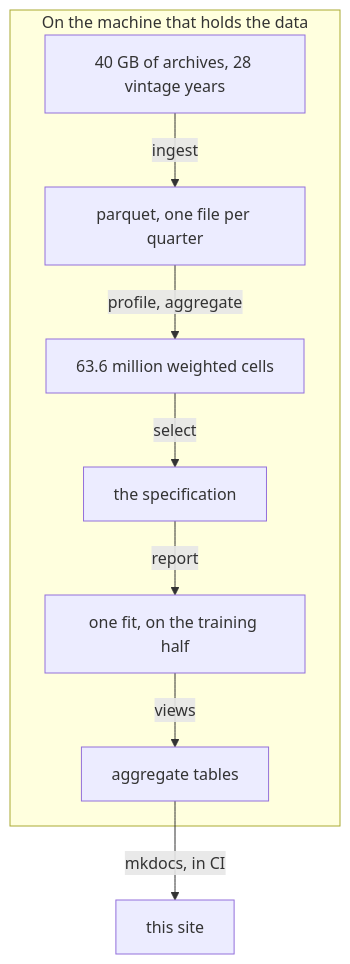
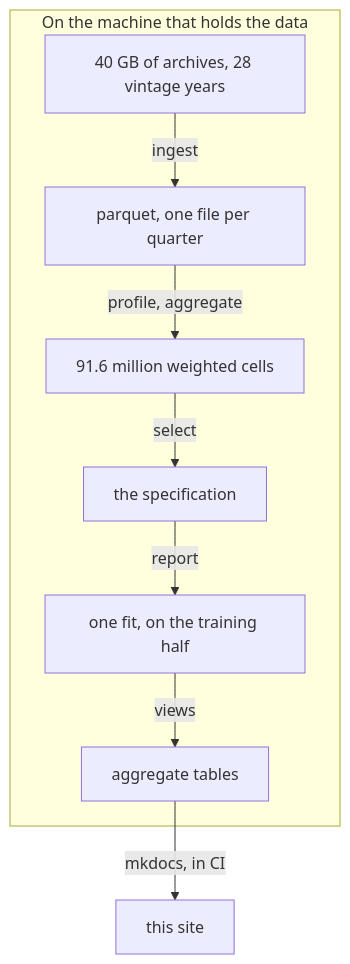
One commit to LorenzoPerrella/credit-game changed the diagram in docs/index.md. Above: the diagram before and after it, drawn with Mermaid. The commit also changed 14 other files, not shown here.

````diff
--- a/docs/index.md
+++ b/docs/index.md
@@ -26,11 +26,11 @@
 ```mermaid
 flowchart TD
     subgraph local["On the machine that holds the data"]
         A["40 GB of archives, 28 vintage years"] -->|ingest| B["parquet, one file per quarter"]
-        B -->|"profile, aggregate"| D["63.6 million weighted cells"]
+        B -->|"profile, aggregate"| D["91.6 million weighted cells"]
         D -->|select| E["the specification"]
         E -->|report| F["one fit, on the training half"]
         F -->|views| G["aggregate tables"]
     end
     G -->|"mkdocs, in CI"| H["this site"]
 ```
````
